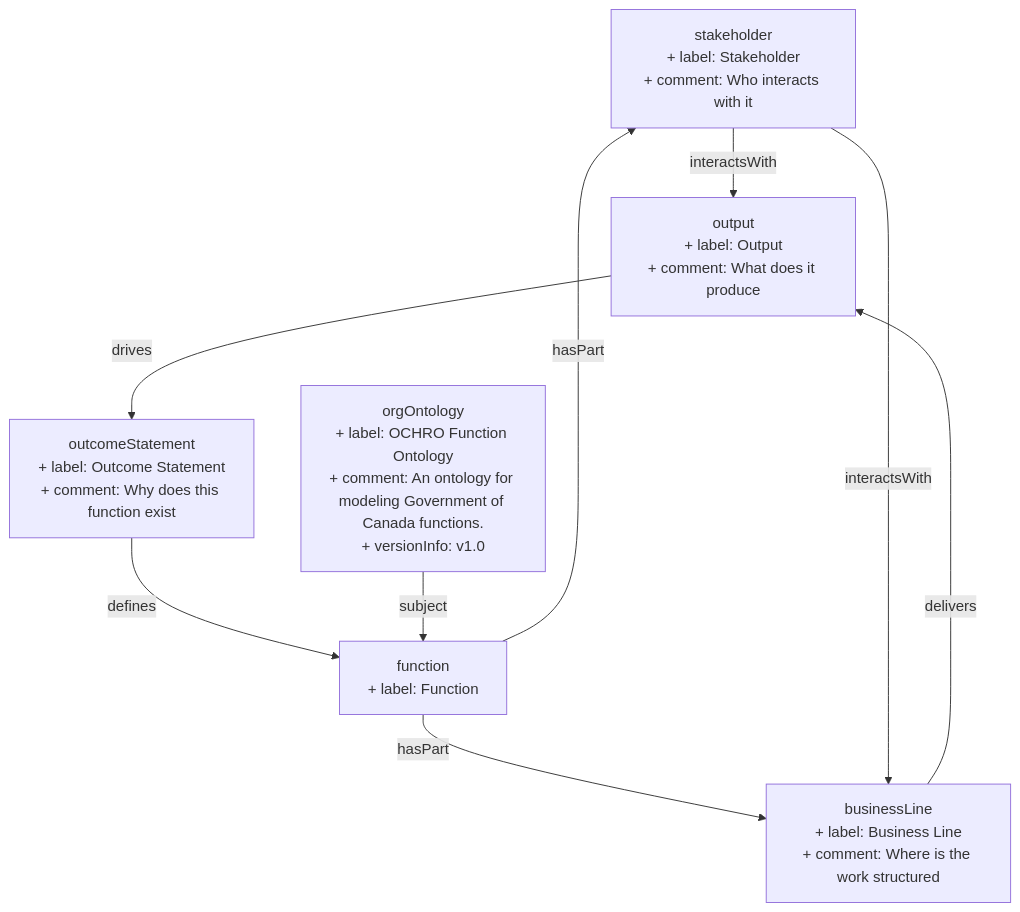
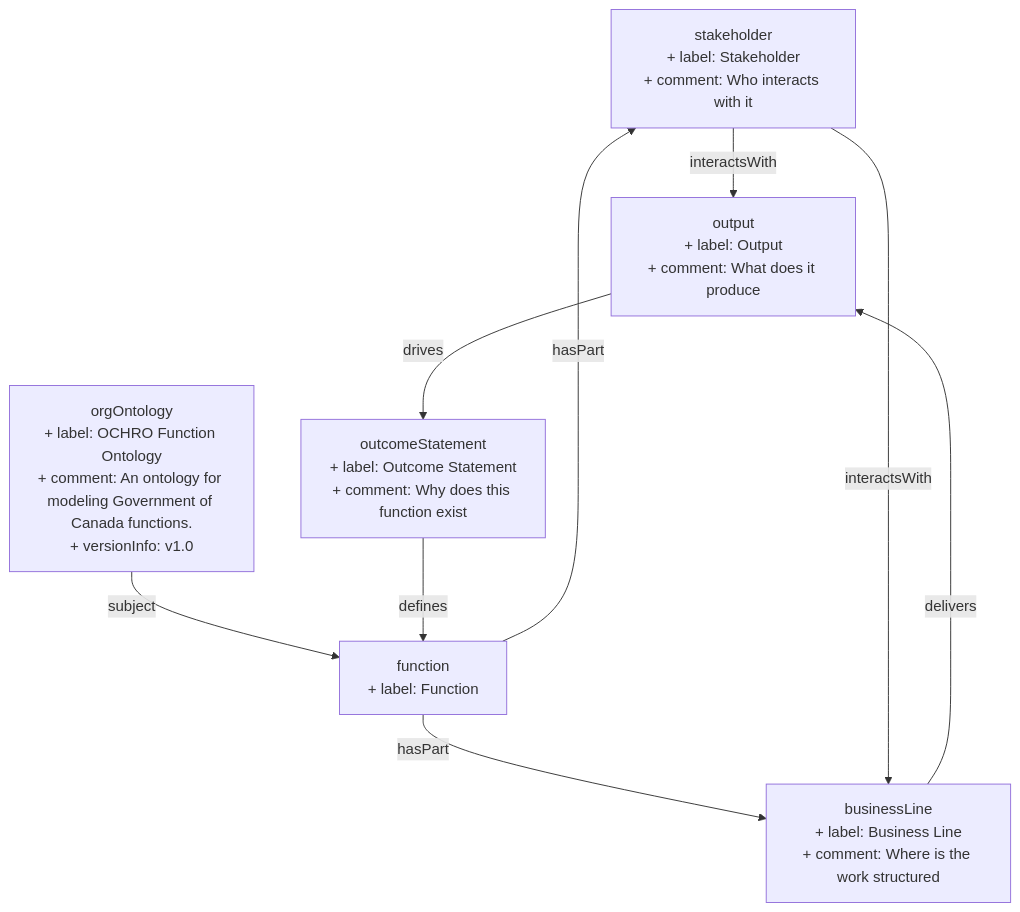
One commit to heidingaway/heidi2 changed the diagram in content/stakeholder.md. Above: the diagram before and after it, drawn with Mermaid. The commit also changed other lines of this file and 5 other files, not shown here.

````diff
--- a/content/stakeholder.md
+++ b/content/stakeholder.md
@@ -39,17 +22,17 @@
 ```mermaid
 graph TD
   stakeholder["stakeholder<br>+ label: Stakeholder<br>+ comment: Who interacts with it"]:::current-page-node
   businessLine["businessLine<br>+ label: Business Line<br>+ comment: Where is the work structured"]
   output["output<br>+ label: Output<br>+ comment: What does it produce"]
   function["function<br>+ label: Function"]
+  orgOntology["orgOntology<br>+ label: OCHRO Function Ontology<br>+ comment: An ontology for modeling Government of Canada functions.<br>+ versionInfo: v1.0"]
   outcomeStatement["outcomeStatement<br>+ label: Outcome Statement<br>+ comment: Why does this function exist"]
-  orgOntology["orgOntology<br>+ label: OCHRO Function Ontology<br>+ comment: An ontology for modeling Government of Canada functions.<br>+ versionInfo: v1.0"]
+  orgOntology-->|" subject "|function
+  businessLine-->|" delivers "|output
+  output-->|" drives "|outcomeStatement
+  function-->|" hasPart "|businessLine
+  stakeholder-->|" interactsWith "|output
+  stakeholder-->|" interactsWith "|businessLine
+  outcomeStatement-->|" defines "|function
   function-->|" hasPart "|stakeholder
-  stakeholder-->|" interactsWith "|output
-  businessLine-->|" delivers "|output
-  function-->|" hasPart "|businessLine
-  outcomeStatement-->|" defines "|function
-  output-->|" drives "|outcomeStatement
-  stakeholder-->|" interactsWith "|businessLine
-  orgOntology-->|" subject "|function
 ```
````
